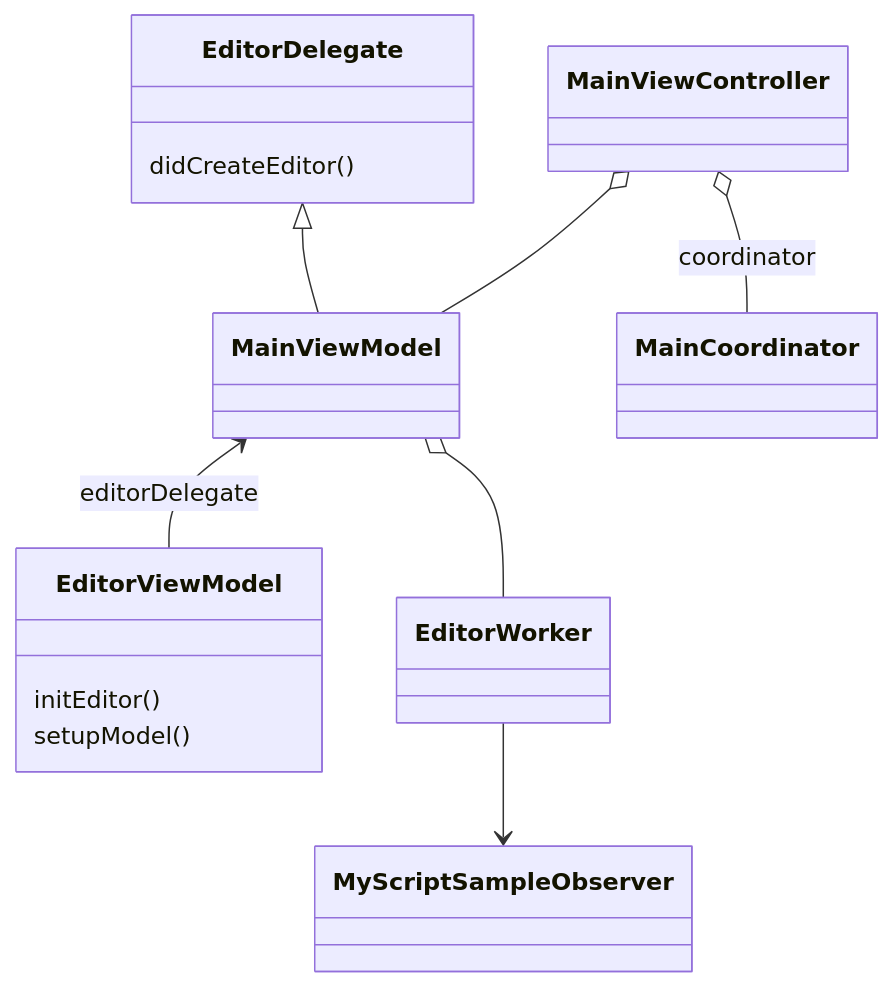
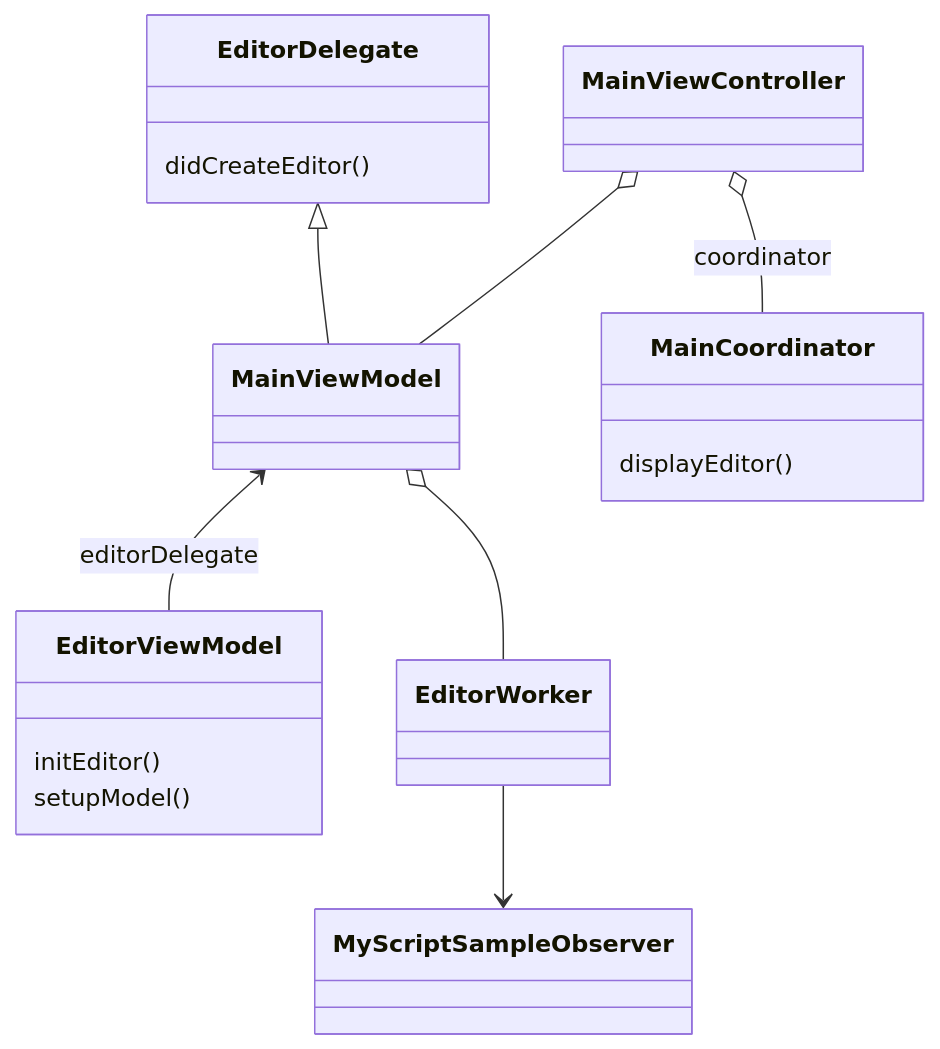
Before and after one commit to ingun37/markdown-math: the diagram in README.md, drawn with Mermaid.

````diff
--- a/README.md
+++ b/README.md
@@ -95,12 +95,13 @@
 ```mermaid
 classDiagram
 MainViewController o-- MainViewModel
 MainViewController o-- MainCoordinator : coordinator
+MainCoordinator : displayEditor()
 MainViewModel <-- EditorViewModel : editorDelegate
 EditorViewModel : initEditor()
 EditorViewModel : setupModel()
 EditorDelegate <|-- MainViewModel
 EditorDelegate : didCreateEditor()
 EditorWorker --> MyScriptSampleObserver
 MainViewModel o-- EditorWorker
 ```
````
